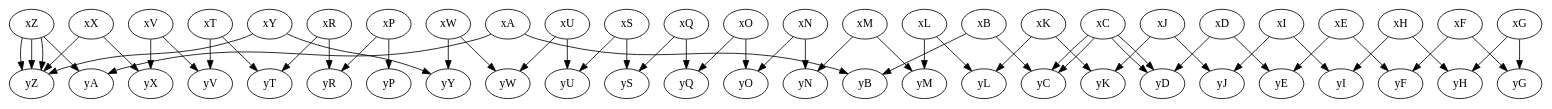
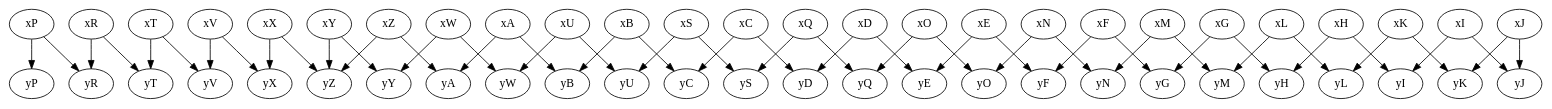
One commit to dilawar/Courses changed the diagram in InformationTheory2015/Assignment04/channel_textbook.dot. Above: the diagram before and after it, drawn with Graphviz.

Commit message:
Corrected channel.

```diff
--- a/InformationTheory2015/Assignment04/channel_textbook.dot
+++ b/InformationTheory2015/Assignment04/channel_textbook.dot
@@ -1,30 +1,28 @@
 digraph channel {
     xA -> yA, yB [ prob = 0.5 ];
     xB -> yB, yC [ prob = 0.5 ];
-    xC -> yC, yD [ prob = 0.5 ];
     xC -> yC, yD [ prob = 0.5 ];
     xD -> yD, yE [ prob = 0.5 ];
     xE -> yE, yF [ prob = 0.5 ];
     xF -> yF, yG [ prob = 0.5 ];
     xG -> yG, yH [ prob = 0.5 ];
     xH -> yH, yI [ prob = 0.5 ];
     xI -> yI, yJ [ prob = 0.5 ];
     xJ -> yJ, yK [ prob = 0.5 ];
     xK -> yK, yL [ prob = 0.5 ];
     xL -> yL, yM [ prob = 0.5 ];
     xM -> yM, yN [ prob = 0.5 ];
     xN -> yN, yO [ prob = 0.5 ];
     xO -> yO, yQ [ prob = 0.5 ];
     xP -> yP, yR [ prob = 0.5 ];
     xQ -> yQ, yS [ prob = 0.5 ];
     xR -> yR, yT [ prob = 0.5 ];
     xS -> yS, yU [ prob = 0.5 ];
     xT -> yT, yV [ prob = 0.5 ];
     xU -> yU, yW [ prob = 0.5 ];
     xV -> yV, yX [ prob = 0.5 ];
     xW -> yW, yY [ prob = 0.5 ];
     xX -> yX, yZ [ prob = 0.5 ];
     xY -> yY, yZ [ prob = 0.5 ];
-    xZ -> yZ, yZ [ prob = 0.5 ];
     xZ -> yZ, yA [ prob = 0.5 ];
 }
```
